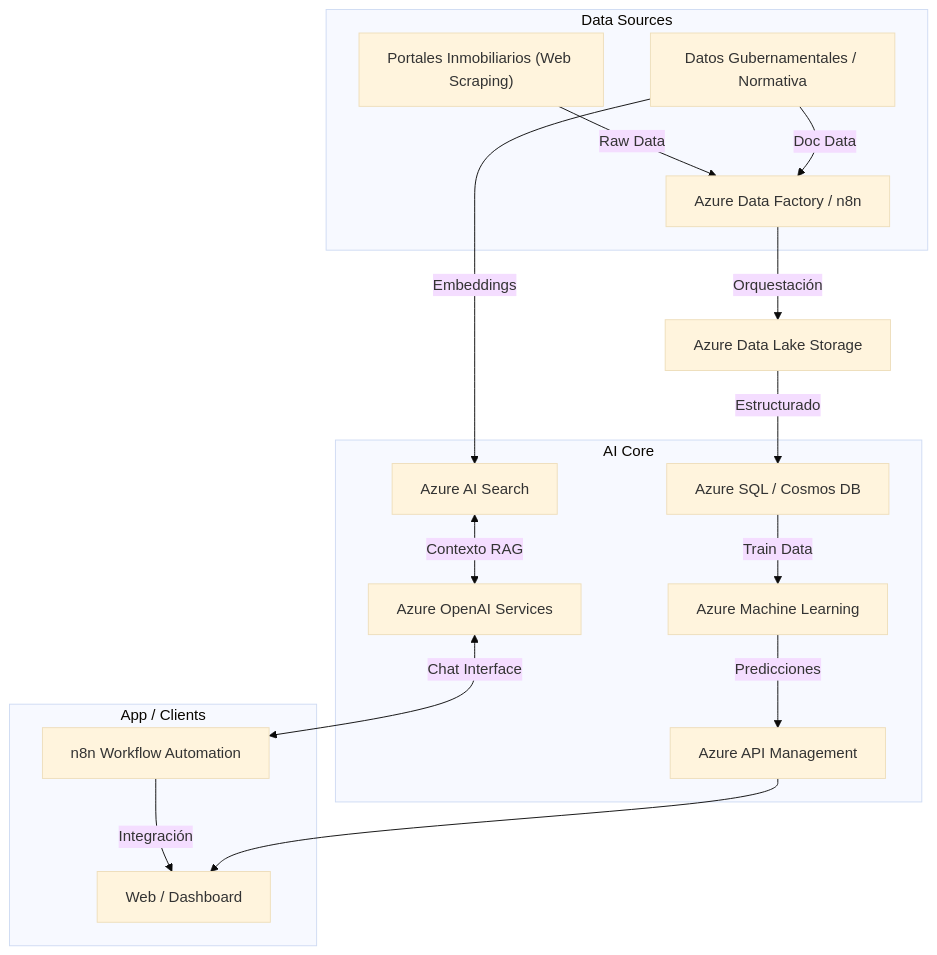
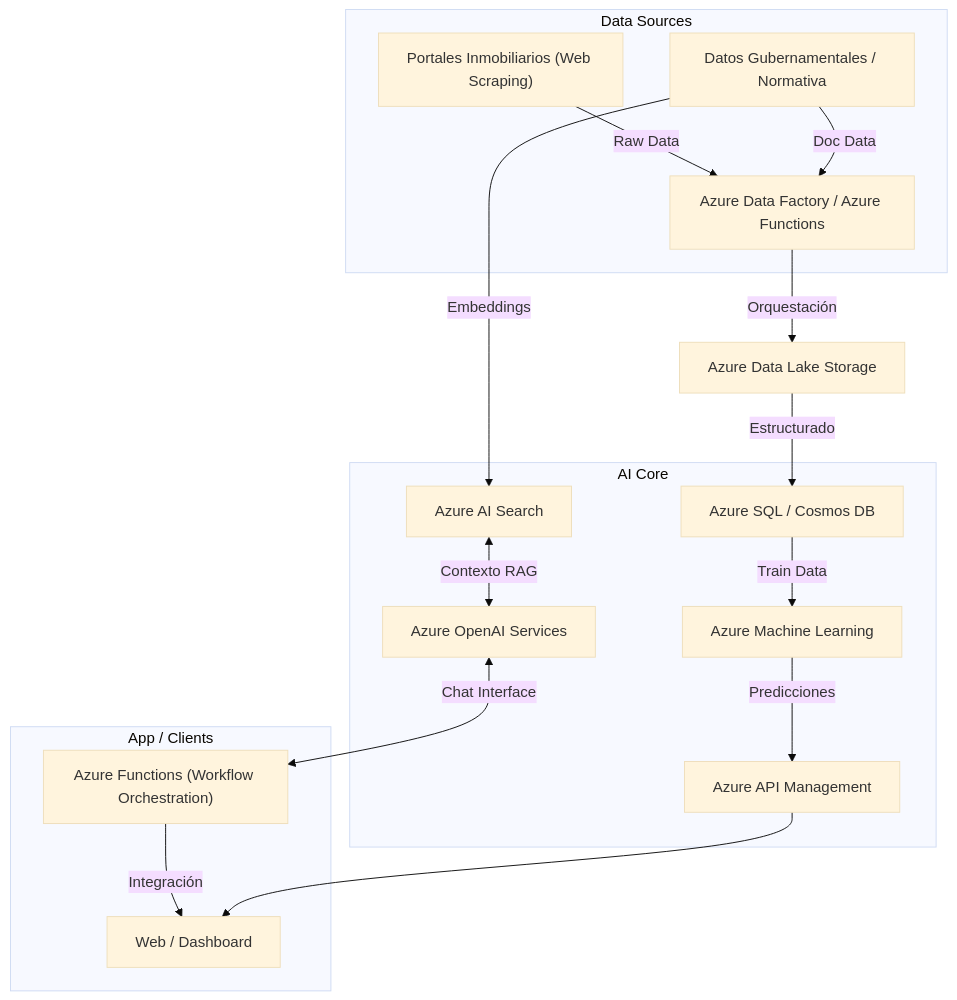
Before and after one commit to ninkovski/propai-bi-core: the diagram in README.md, drawn with Mermaid (base theme). The commit also changed other lines of this file, not shown here.

Commit message:
Update README.md to replace n8n with Azure Functions in tech stack and workflow descriptions

````diff
--- a/README.md
+++ b/README.md
@@ -25,28 +25,28 @@
 ```mermaid
 graph TD
     %% Fuentes de Datos
     subgraph Data_Sources["Data Sources"]
-        DS_Web["Portales Inmobiliarios (Web Scraping)"] -->|Raw Data| ADF["Azure Data Factory / n8n"]
+        DS_Web["Portales Inmobiliarios (Web Scraping)"] -->|Raw Data| ADF["Azure Data Factory / Azure Functions"]
         DS_Gob["Datos Gubernamentales / Normativa"] -->|Doc Data| ADF
     end
 
     %% Ingesta y Almacenamiento
     ADF -->|Orquestación| ADLS["Azure Data Lake Storage"]
     ADLS -->|Estructurado| ADS["Azure SQL / Cosmos DB"]
 
     %% Capa de Inteligencia
     subgraph AI_Core["AI Core"]
         ADS -->|Train Data| AML["Azure Machine Learning"]
         AML -->|Predicciones| API_GW["Azure API Management"]
 
         DS_Gob -->|Embeddings| AI_Search["Azure AI Search"]
         AI_Search <-->|Contexto RAG| AOAI["Azure OpenAI Services"]
     end
 
     %% Entrega y Presentación
     subgraph App_Clients["App / Clients"]
-        AOAI <-->|Chat Interface| n8n_Flows["n8n Workflow Automation"]
-        n8n_Flows -->|Integración| Client_App["Web / Dashboard"]
+        AOAI <-->|Chat Interface| Functions_Flows["Azure Functions (Workflow Orchestration)"]
+        Functions_Flows -->|Integración| Client_App["Web / Dashboard"]
         API_GW --> Client_App
     end
 ```
````
